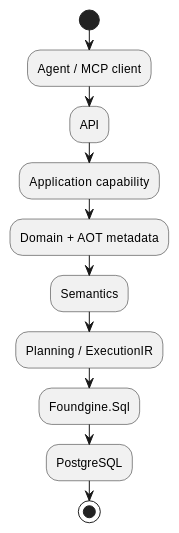
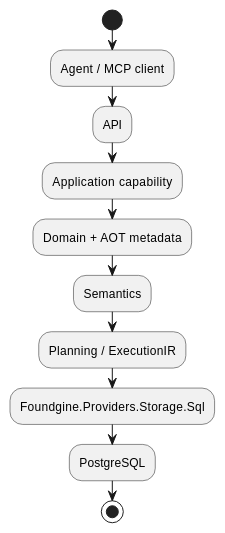
Before and after one commit to CristianBarragan/CoffeeBean: the diagram in docs-site/getting-started/index.md, drawn with PlantUML. The commit also changed other lines of this file and 1325 other files, not shown here.

````diff
--- a/docs-site/getting-started/index.md
+++ b/docs-site/getting-started/index.md
@@ -7,14 +7,14 @@
 ```plantuml
 @startuml
 start
 :Agent / MCP client;
 :API;
 :Application capability;
 :Domain + AOT metadata;
 :Semantics;
 :Planning / ExecutionIR;
-:Foundgine.Sql;
+:Foundgine.Providers.Storage.Sql;
 :PostgreSQL;
 stop
 @enduml
 ```
````
